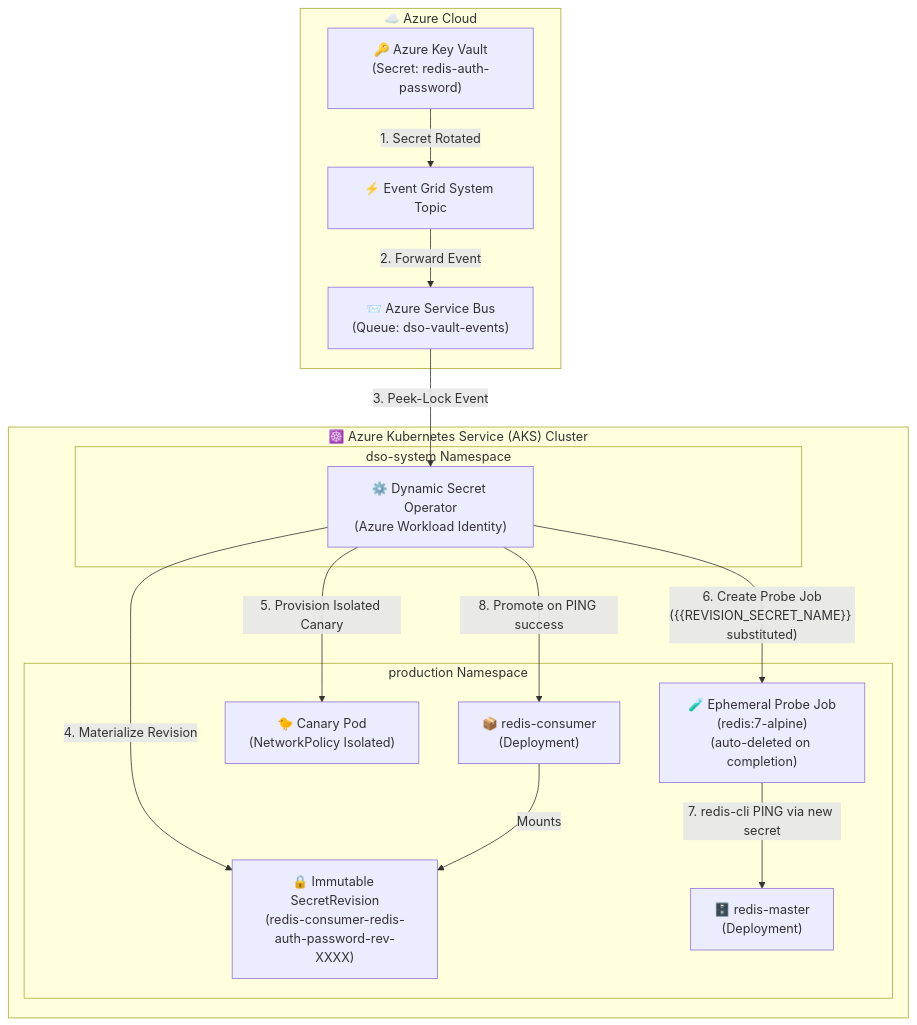
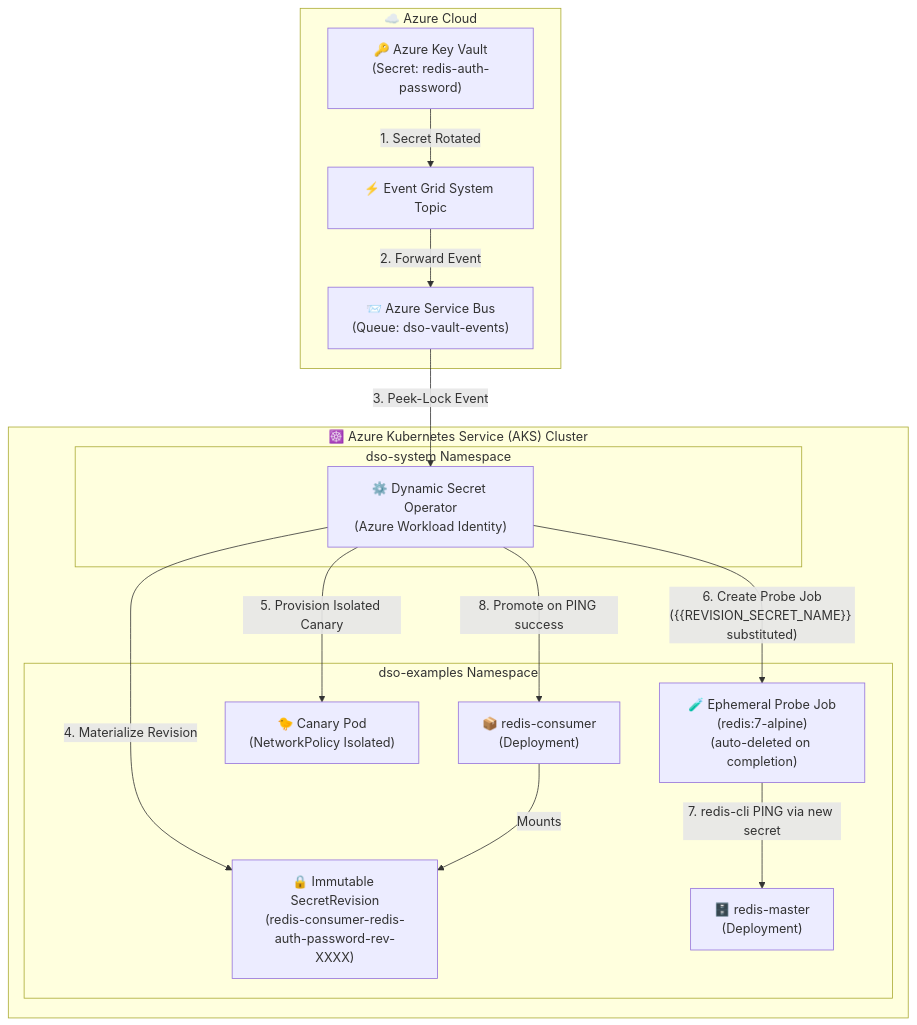
One commit to quantumsys-dev/dynamic-secret-operator changed the diagram in examples/aks/job-based-redis-probe/README.md. Above: the diagram before and after it, drawn with Mermaid. The commit also changed other lines of this file and 21 other files, not shown here.

````diff
--- a/examples/aks/job-based-redis-probe/README.md
+++ b/examples/aks/job-based-redis-probe/README.md
@@ -11,32 +11,32 @@
 ```mermaid
 flowchart TD
     subgraph AzureCloud ["☁️ Azure Cloud"]
         AKV["🔑 Azure Key Vault\n(Secret: redis-auth-password)"]
         EG["⚡ Event Grid System Topic"]
         ASB["📨 Azure Service Bus\n(Queue: dso-vault-events)"]
     end
 
     subgraph AKS ["☸️ Azure Kubernetes Service (AKS) Cluster"]
         subgraph DSOSystem ["dso-system Namespace"]
             DSO["⚙️ Dynamic Secret Operator\n(Azure Workload Identity)"]
         end
 
-        subgraph ProductionNS ["production Namespace"]
+        subgraph ProductionNS ["dso-examples Namespace"]
             SEC["🔒 Immutable SecretRevision\n(redis-consumer-redis-auth-password-rev-XXXX)"]
             REDIS["🗄️ redis-master\n(Deployment)"]
             APP["📦 redis-consumer\n(Deployment)"]
             CANARY["🐤 Canary Pod\n(NetworkPolicy Isolated)"]
             JOB["🧪 Ephemeral Probe Job\n(redis:7-alpine)\n(auto-deleted on completion)"]
         end
     end
 
     AKV -->|"1. Secret Rotated"| EG
     EG -->|"2. Forward Event"| ASB
     ASB -->|"3. Peek-Lock Event"| DSO
     DSO -->|"4. Materialize Revision"| SEC
     DSO -->|"5. Provision Isolated Canary"| CANARY
     DSO -->|"6. Create Probe Job\n({{REVISION_SECRET_NAME}} substituted)"| JOB
     JOB -->|"7. redis-cli PING via new secret"| REDIS
     DSO -->|"8. Promote on PING success"| APP
     APP -->|"Mounts"| SEC
 ```
````
